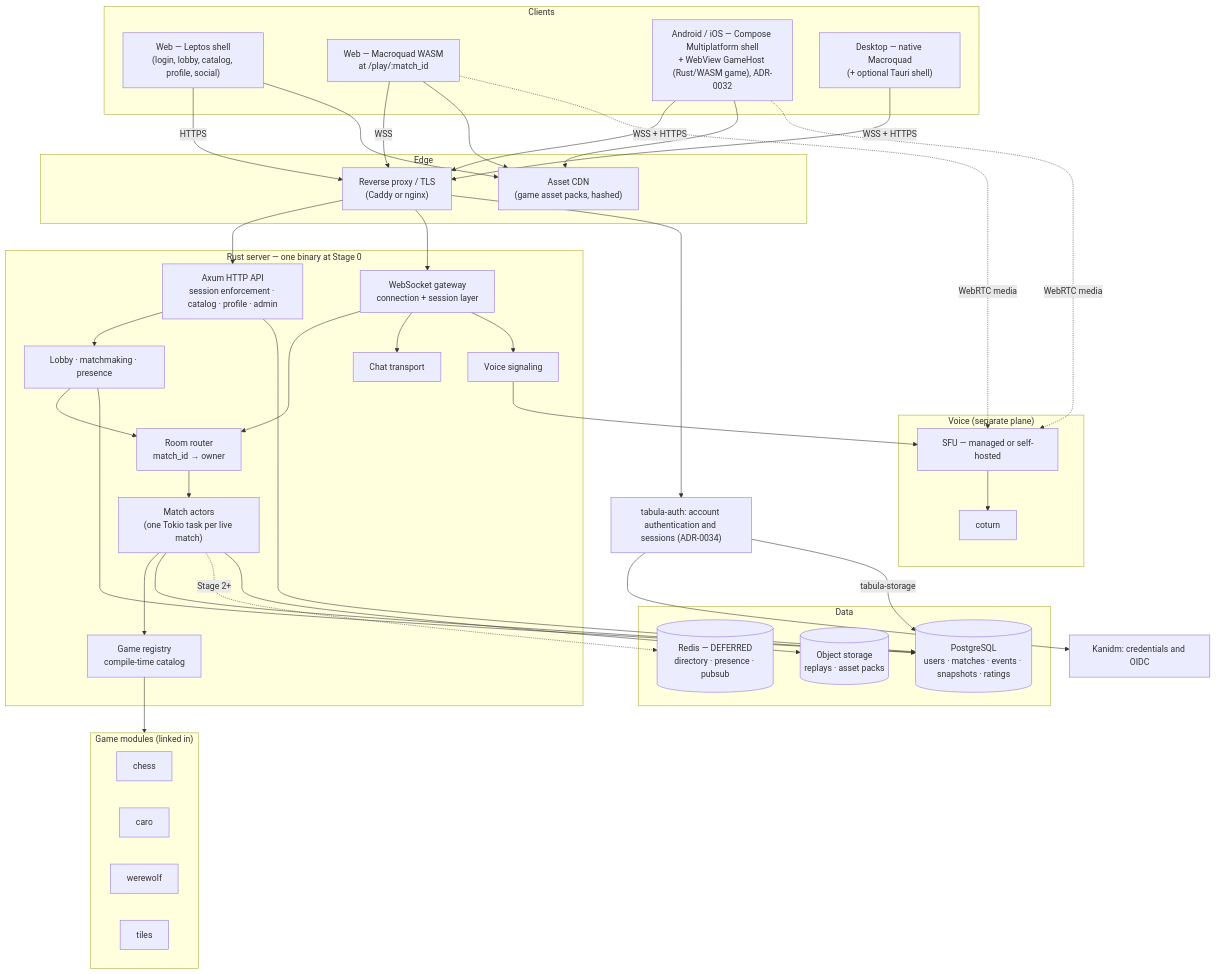
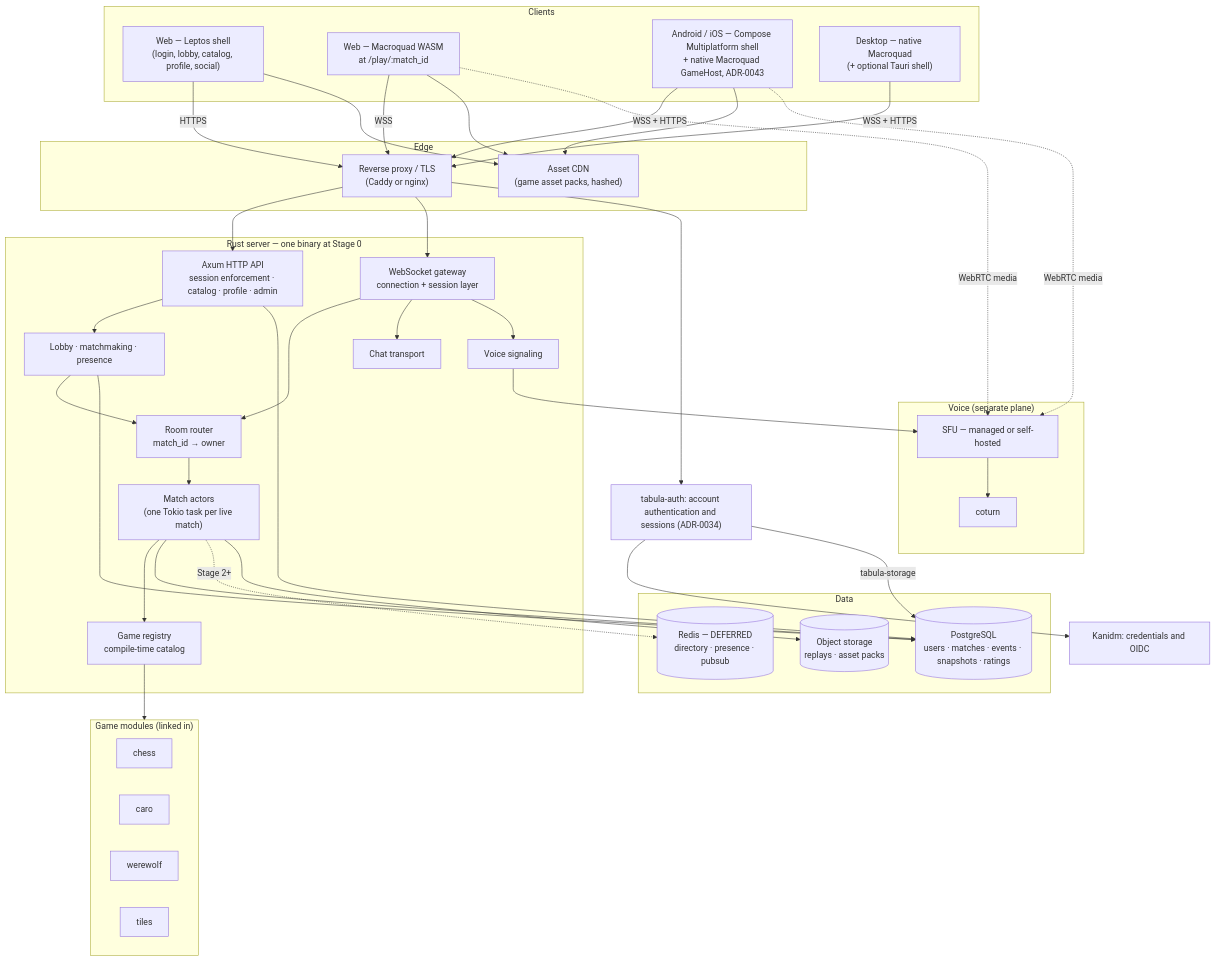
Before and after one commit to loveoverflowcom/tabula: the fourth of 7 diagrams in docs/architecture/00-architecture-principles.md, drawn with Mermaid. The commit also changed other lines of this file and 88 other files, not shown here.

Commit message:
fix(mobile): retire web gameplay and verify compact CMP shell

````diff
--- a/docs/architecture/00-architecture-principles.md
+++ b/docs/architecture/00-architecture-principles.md
@@ -502,73 +502,73 @@
 ```mermaid
 flowchart TB
     subgraph CLIENTS["Clients"]
         WEB["Web — Leptos shell<br/>(login, lobby, catalog, profile, social)"]
         WGAME["Web — Macroquad WASM<br/>at /play/:match_id"]
-        MOB["Android / iOS — Compose Multiplatform shell<br/>+ WebView GameHost (Rust/WASM game), ADR-0032"]
+        MOB["Android / iOS — Compose Multiplatform shell<br/>+ native Macroquad GameHost, ADR-0043"]
         DESK["Desktop — native Macroquad<br/>(+ optional Tauri shell)"]
     end
 
     subgraph EDGE["Edge"]
         LB["Reverse proxy / TLS<br/>(Caddy or nginx)"]
         CDN["Asset CDN<br/>(game asset packs, hashed)"]
     end
 
     subgraph SERVER["Rust server — one binary at Stage 0"]
         HTTP["Axum HTTP API<br/>session enforcement · catalog · profile · admin"]
         WS["WebSocket gateway<br/>connection + session layer"]
         ROUTER["Room router<br/>match_id → owner"]
         MATCH["Match actors<br/>(one Tokio task per live match)"]
         REGISTRY["Game registry<br/>compile-time catalog"]
         LOBBY["Lobby · matchmaking · presence"]
         CHAT["Chat transport"]
         VOICESIG["Voice signaling"]
     end
 
     subgraph GAMES["Game modules (linked in)"]
         G1["chess"]
         G2["caro"]
         G3["werewolf"]
         G4["tiles"]
     end
 
     subgraph DATA["Data"]
         PG[("PostgreSQL<br/>users · matches · events · snapshots · ratings")]
         REDIS[("Redis — DEFERRED<br/>directory · presence · pubsub")]
         OBJ[("Object storage<br/>replays · asset packs")]
     end
 
     subgraph VOICE["Voice (separate plane)"]
         TURN["coturn"]
         SFU["SFU — managed or self-hosted"]
     end
 
     AUTHAPI["tabula-auth: account authentication and sessions (ADR-0034)"]
     KANIDM["Kanidm: credentials and OIDC"]
 
     WEB -->|HTTPS| LB
     WGAME -->|WSS| LB
     MOB -->|WSS + HTTPS| LB
     DESK -->|WSS + HTTPS| LB
     WEB --> CDN
     WGAME --> CDN
     MOB --> CDN
 
     LB --> HTTP
     LB --> WS
     LB --> AUTHAPI --> KANIDM
     AUTHAPI -->|tabula-storage| PG
     WS --> ROUTER --> MATCH
     MATCH --> REGISTRY --> GAMES
     HTTP --> LOBBY --> ROUTER
     WS --> CHAT
     WS --> VOICESIG
     MATCH --> PG
     LOBBY --> PG
     HTTP --> PG
     MATCH -.->|Stage 2+| REDIS
     MATCH --> OBJ
     VOICESIG --> SFU
     WGAME -.->|WebRTC media| SFU
     MOB -.->|WebRTC media| SFU
     SFU --> TURN
 ```
````
